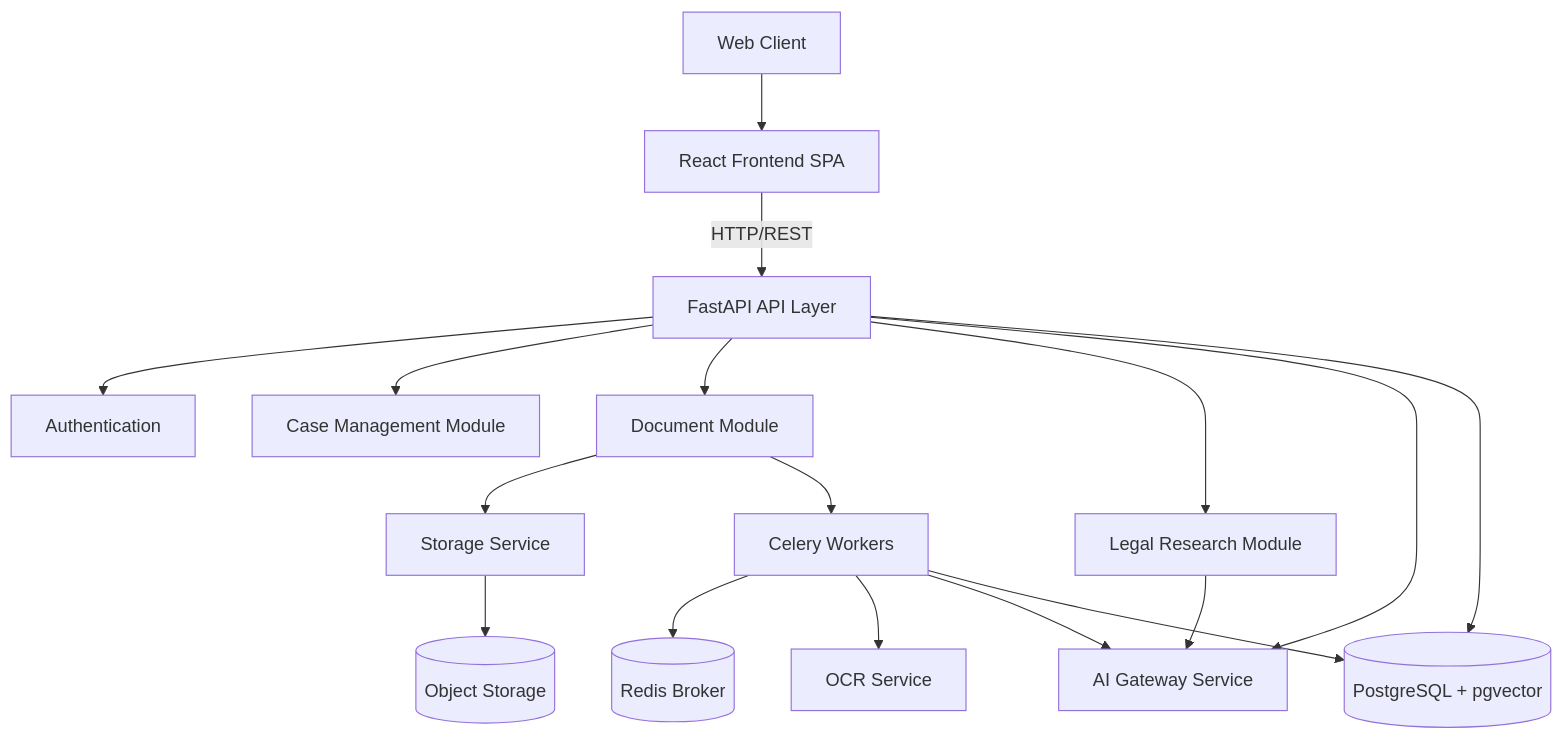
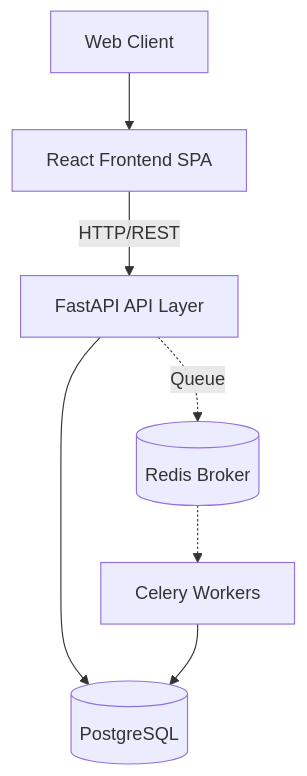
One commit to Aditya-Khubalkar/JURISPULSE changed the diagram in PROJECT_STRUCTURE.md. Above: the diagram before and after it, drawn with Mermaid. The commit also changed other lines of this file, not shown here.

Commit message:
Refine project architecture documentation

````diff
--- a/PROJECT_STRUCTURE.md
+++ b/PROJECT_STRUCTURE.md
@@ -138,48 +64,18 @@
 ```mermaid
 flowchart TD
-
     Client[Web Client]
-
     Frontend[React Frontend SPA]
-
     API[FastAPI API Layer]
-
-    Auth[Authentication]
-    Cases[Case Management Module]
-    Docs[Document Module]
-    Research[Legal Research Module]
     
-    AIGateway[AI Gateway Service]
-    OCR[OCR Service]
-    StorageSvc[Storage Service]
-
+    DB[(PostgreSQL)]
+    Redis[(Redis Broker)]
     Workers[Celery Workers]
-
-    Redis[(Redis Broker)]
-
-    DB[(PostgreSQL + pgvector)]
-
-    Storage[(Object Storage)]
 
     Client --> Frontend
     Frontend -->|HTTP/REST| API
-
-    API --> Auth
-    API --> Cases
-    API --> Docs
-    API --> Research
     
-    Docs --> StorageSvc
-    StorageSvc --> Storage
-    
-    Docs --> Workers
-    Workers --> Redis
-    Workers --> OCR
-    Workers --> AIGateway
-    
-    Research --> AIGateway
-    API --> AIGateway
-
     API --> DB
+    API -.->|Queue| Redis
+    Redis -.-> Workers
     Workers --> DB
 ```
````
